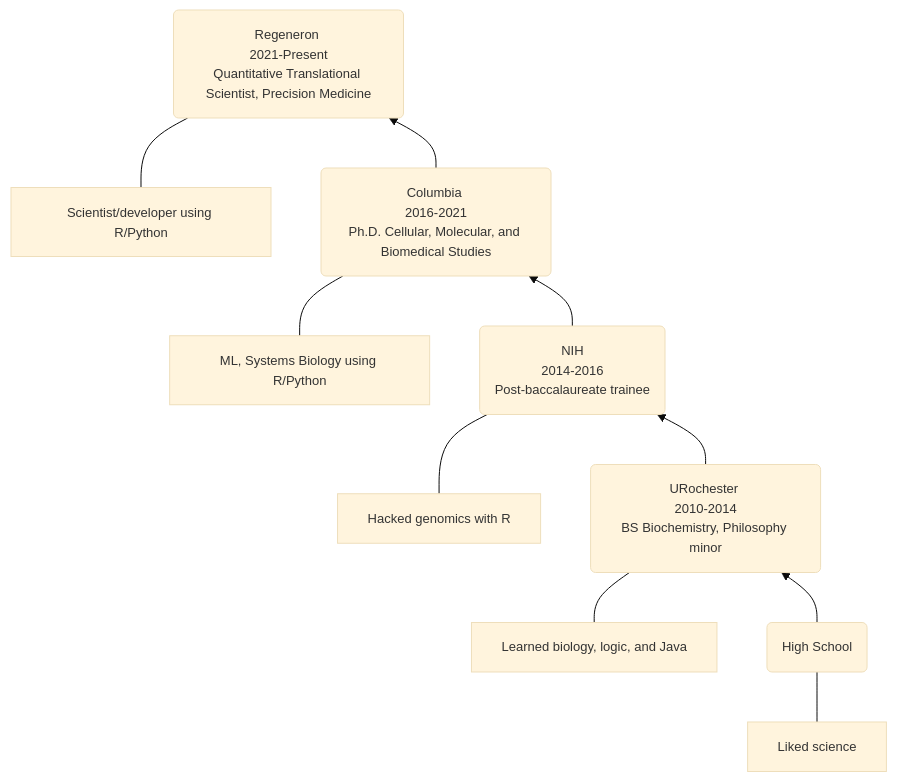
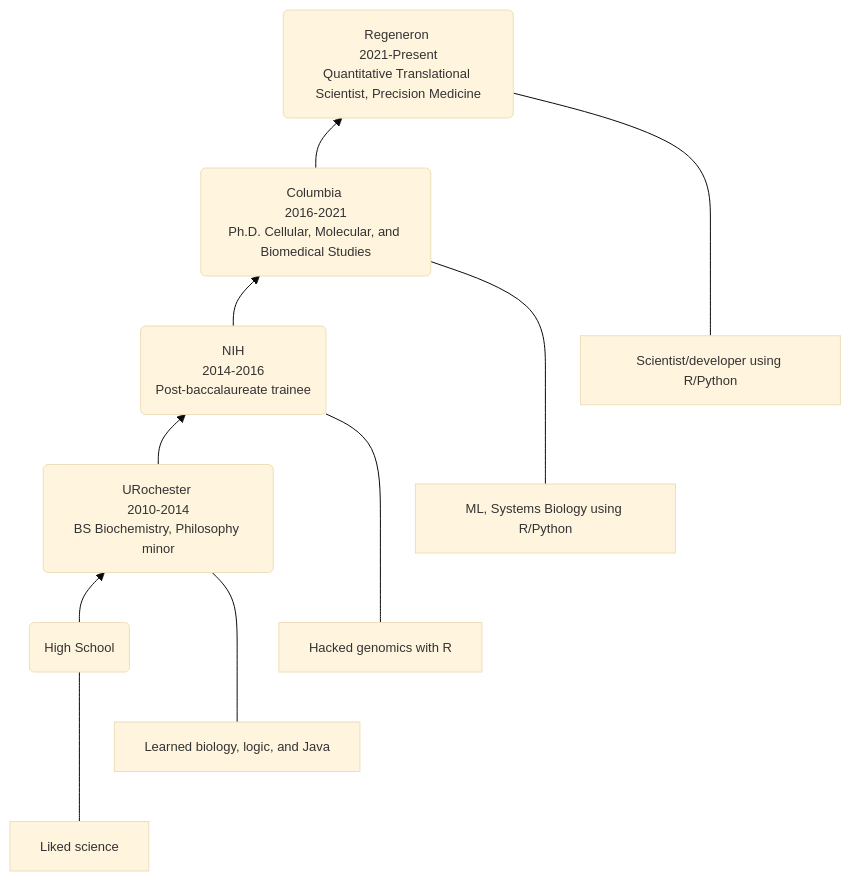
The diagram in content/about/index.qmd (ngiangre/ngiangre.github.io), drawn with Mermaid before and after one commit. The commit also changed 3 other files, not shown here.

Commit message:
reversed mermaid diagram direction

````diff
--- a/content/about/index.qmd
+++ b/content/about/index.qmd
@@ -38,19 +38,20 @@
 ```{mermaid .mermaid}
 %%| label: fig-mermaid-flowchart
 %%| fig-cap: Education and experience timeline
 
 %%{init: {'theme': 'base', 'sequence':{'useMaxWidth': false}, 'themeVariables': { 'fontSize': '13px', 'fontFamily': 'Inter', 'wrap': true}}}%%
 
 flowchart BT
-  HSCoding[ Liked science <br>] --- HS
-  CollegeCoding[ Learned biology, logic, and Java ] --- College
-  PostbacCoding[ Hacked genomics with R ] --- Postbac
-  PhdCoding[ ML, Systems Biology using R/Python ] --- Phd
-  JobCoding[ Scientist/developer using R/Python ] --- Job
 
   HS( High School ) --> College( URochester <br>2010-2014<br>BS Biochemistry, Philosophy minor)
   College --> Postbac( NIH <br>2014-2016<br>Post-baccalaureate trainee)
   Postbac --> Phd( Columbia <br>2016-2021<br>Ph.D. Cellular, Molecular, and Biomedical Studies)
   Phd -->  Job( Regeneron <br>2021-Present<br>Quantitative Translational Scientist, Precision Medicine)
  
+  HSCoding[ Liked science <br>] <--- HS
+  CollegeCoding[ Learned biology, logic, and Java ] <--- College
+  PostbacCoding[ Hacked genomics with R ] <--- Postbac
+  PhdCoding[ ML, Systems Biology using R/Python ] <--- Phd
+  JobCoding[ Scientist/developer using R/Python ] <--- Job
+  
 ```
````
